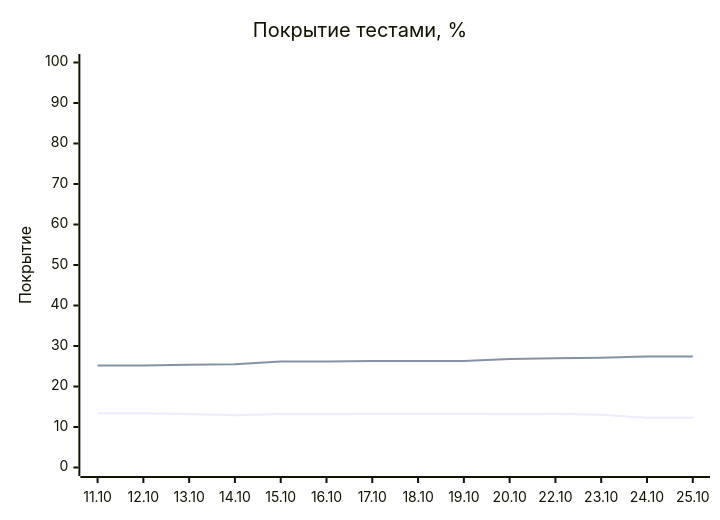
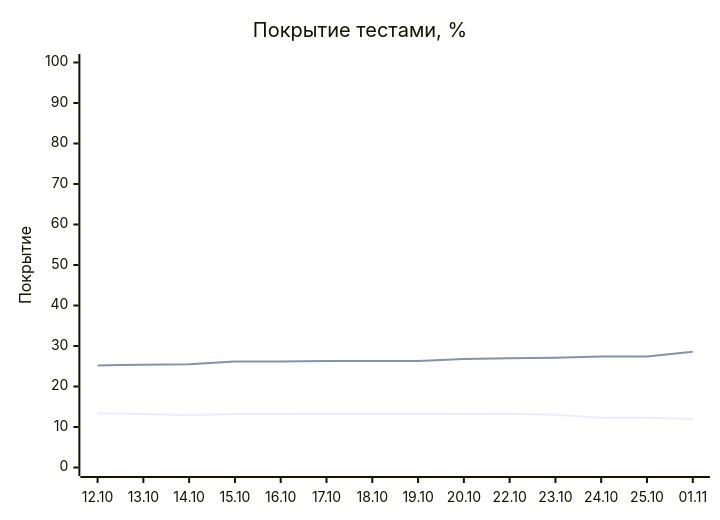
The diagram in README.md (EvgeniBondarev/coverage-report), drawn with Mermaid before and after one commit. The commit also changed other lines of this file and 3303 other files, not shown here.

````diff
--- a/README.md
+++ b/README.md
@@ -19,8 +19,8 @@
 ```mermaid
 xychart-beta
     title "Покрытие тестами, %"
-    x-axis ["11.10", "12.10", "13.10", "14.10", "15.10", "16.10", "17.10", "18.10", "19.10", "20.10", "22.10", "23.10", "24.10", "25.10"]
+    x-axis ["12.10", "13.10", "14.10", "15.10", "16.10", "17.10", "18.10", "19.10", "20.10", "22.10", "23.10", "24.10", "25.10", "01.11"]
     y-axis "Покрытие" 0 --> 100
-    line [13.4, 13.4, 13.2, 12.9, 13.2, 13.2, 13.3, 13.3, 13.3, 13.2, 13.3, 13, 12.3, 12.3]
-    line [25.2, 25.2, 25.4, 25.5, 26.2, 26.2, 26.3, 26.3, 26.3, 26.8, 27, 27.1, 27.4, 27.4]
+    line [13.4, 13.2, 12.9, 13.2, 13.2, 13.3, 13.3, 13.3, 13.2, 13.3, 13, 12.3, 12.3, 12]
+    line [25.2, 25.4, 25.5, 26.2, 26.2, 26.3, 26.3, 26.3, 26.8, 27, 27.1, 27.4, 27.4, 28.6]
 ```
````
